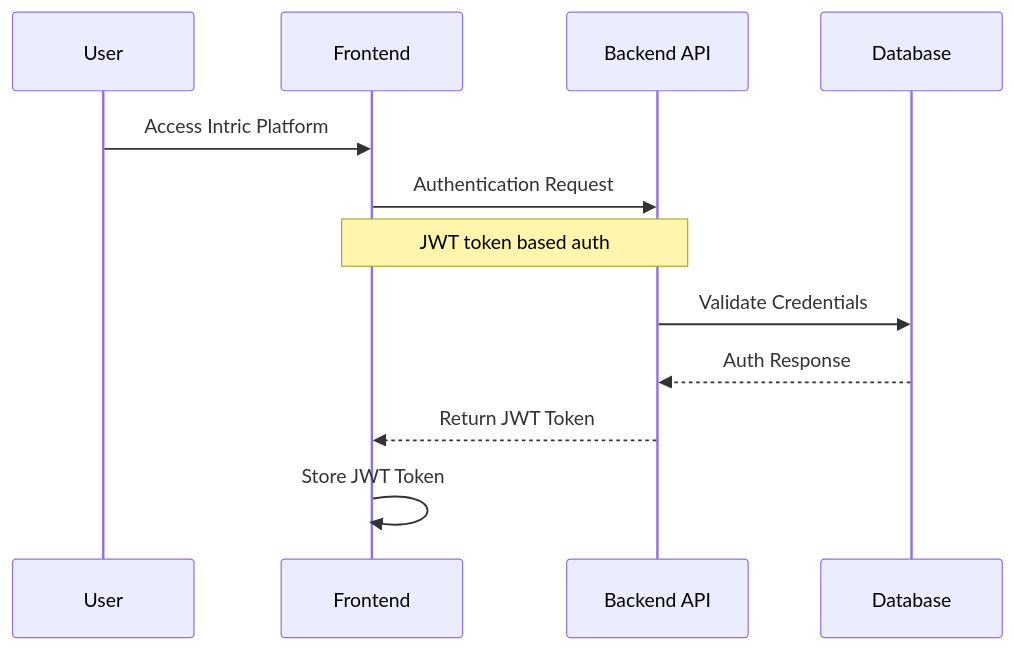
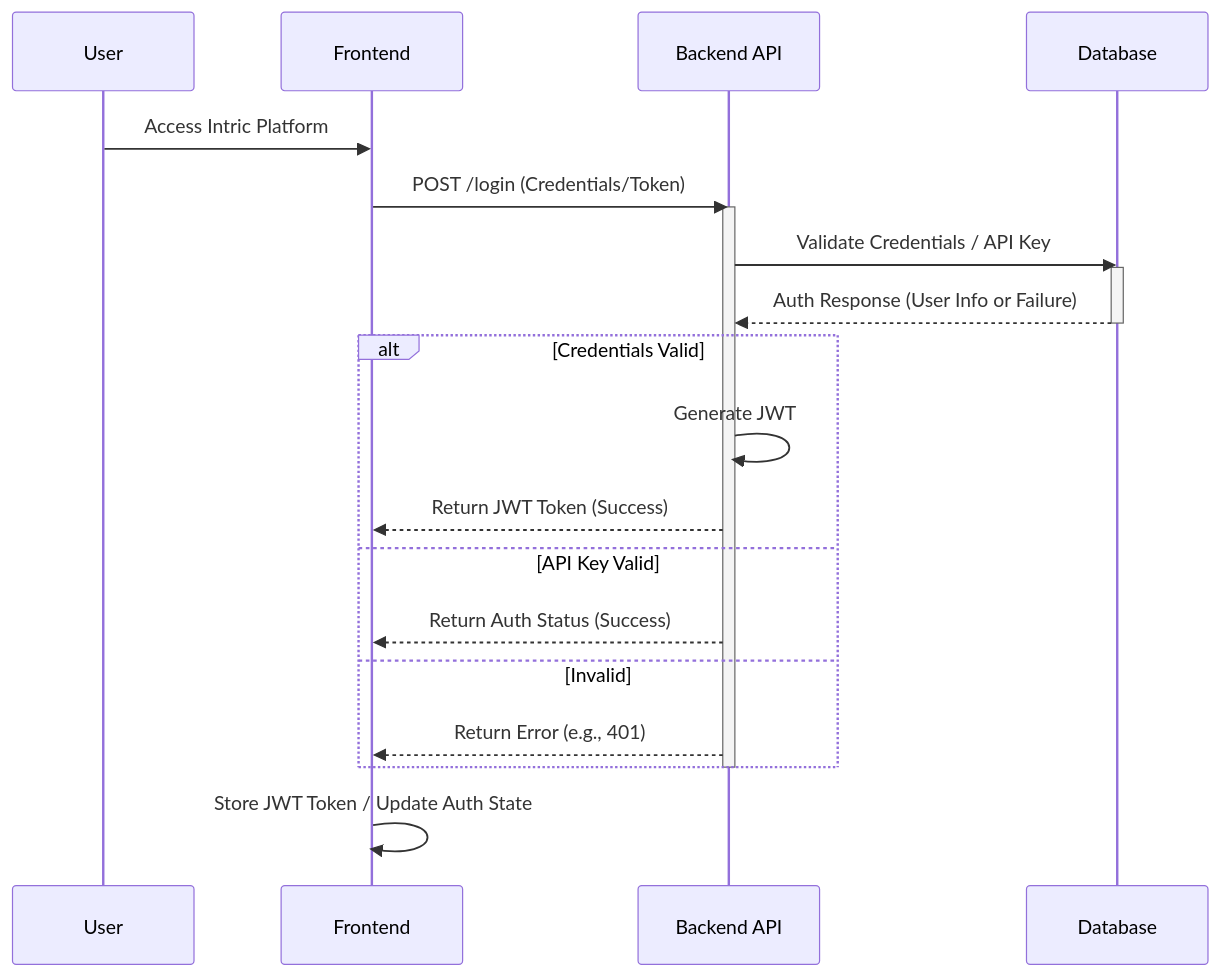
Before and after one commit to sundsvallai/intric: the second of 5 diagrams in docs/architecture.md, drawn with Mermaid. The commit also changed other lines of this file, not shown here.

````diff
--- a/docs/architecture.md
+++ b/docs/architecture.md
@@ -134,15 +132,25 @@
 ```mermaid
 sequenceDiagram
     participant User
     participant Frontend as Frontend
     participant Backend as Backend API
     participant DB as Database
-    
+
     User->>Frontend: Access Intric Platform
-    Frontend->>Backend: Authentication Request
-    Note over Frontend,Backend: JWT token based auth
-    Backend->>DB: Validate Credentials
-    DB-->>Backend: Auth Response
-    Backend-->>Frontend: Return JWT Token
-    Frontend->>Frontend: Store JWT Token
+    Frontend->>Backend: POST /login (Credentials/Token)
+    activate Backend
+    Backend->>DB: Validate Credentials / API Key
+    activate DB
+    DB-->>Backend: Auth Response (User Info or Failure)
+    deactivate DB
+    alt Credentials Valid
+        Backend->>Backend: Generate JWT
+        Backend-->>Frontend: Return JWT Token (Success)
+    else API Key Valid
+        Backend-->>Frontend: Return Auth Status (Success)
+    else Invalid
+        Backend-->>Frontend: Return Error (e.g., 401)
+    end
+    deactivate Backend
+    Frontend->>Frontend: Store JWT Token / Update Auth State
 ```
````
